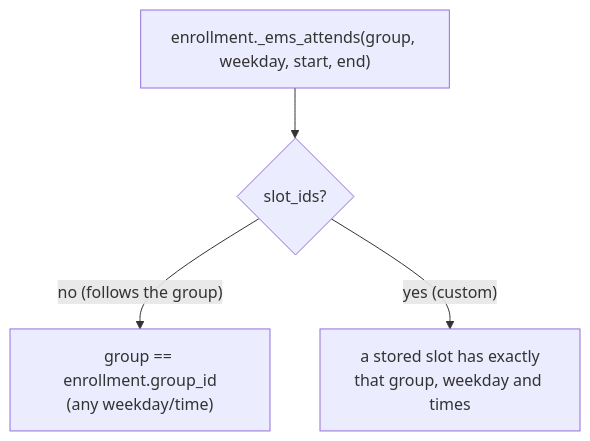
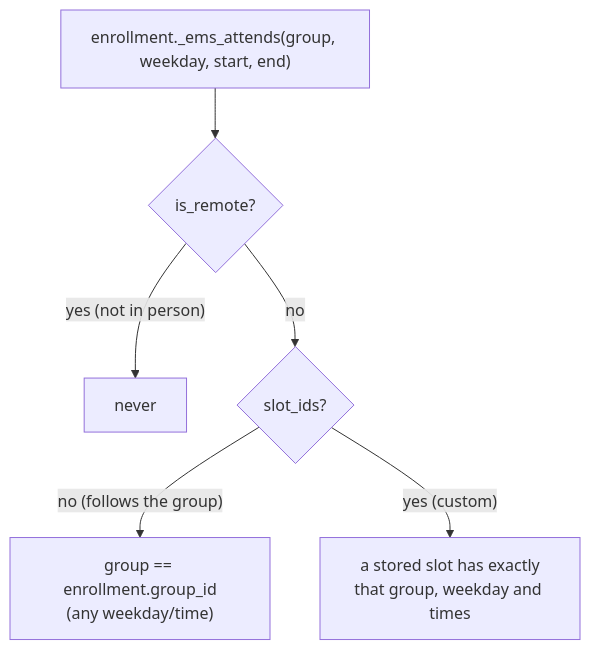
The diagram in docs/en/developers/contacts/enrollment_slot.md (ElPuig/EMS), drawn with Mermaid before and after one commit. The commit also changed other lines of this file and 25 other files, not shown here.

````diff
--- a/docs/en/developers/contacts/enrollment_slot.md
+++ b/docs/en/developers/contacts/enrollment_slot.md
@@ -15,6 +15,8 @@
 ```mermaid
 flowchart TD
-    A["enrollment._ems_attends(group, weekday, start, end)"] --> B{"slot_ids?"}
+    A["enrollment._ems_attends(group, weekday, start, end)"] --> R{"is_remote?"}
+    R -- "yes (not in person)" --> N["never"]
+    R -- no --> B{"slot_ids?"}
     B -- "no (follows the group)" --> C["group == enrollment.group_id\n(any weekday/time)"]
     B -- "yes (custom)" --> D["a stored slot has exactly\nthat group, weekday and times"]
 ```
````
